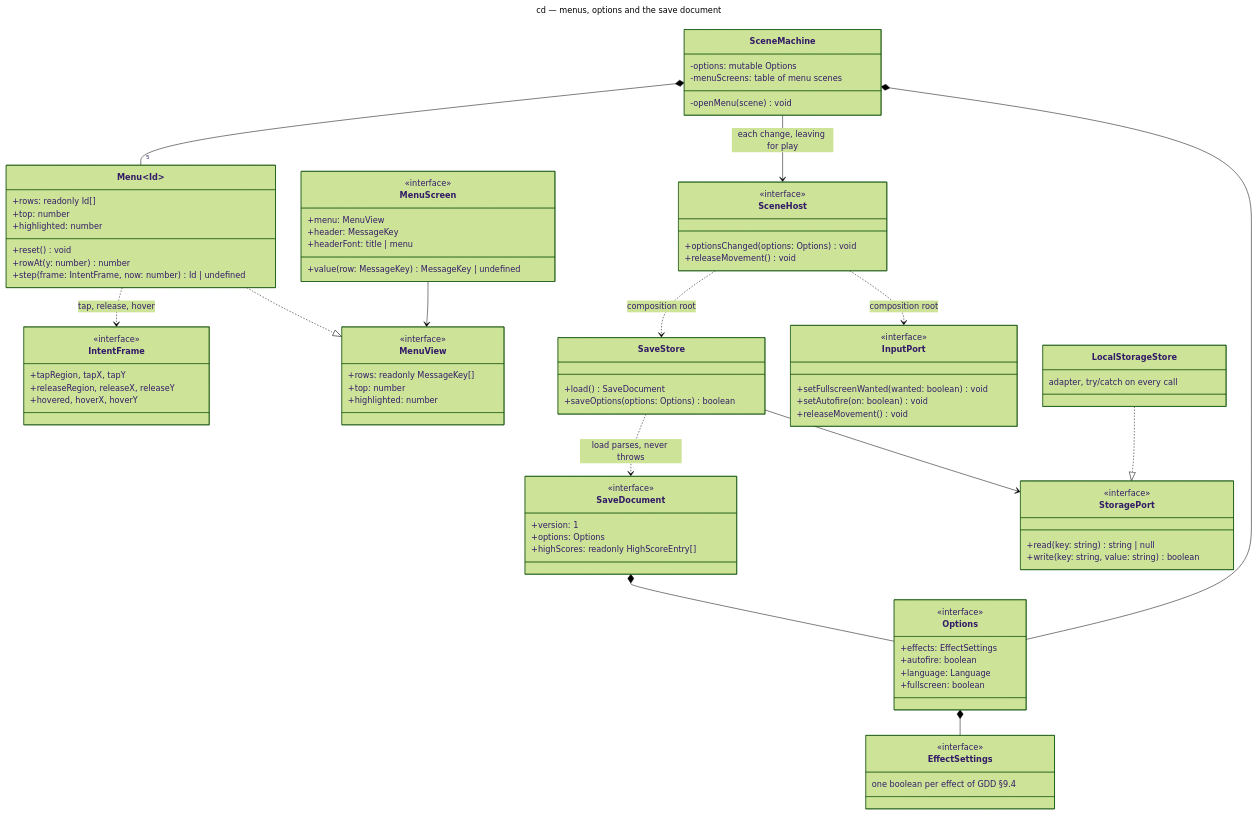
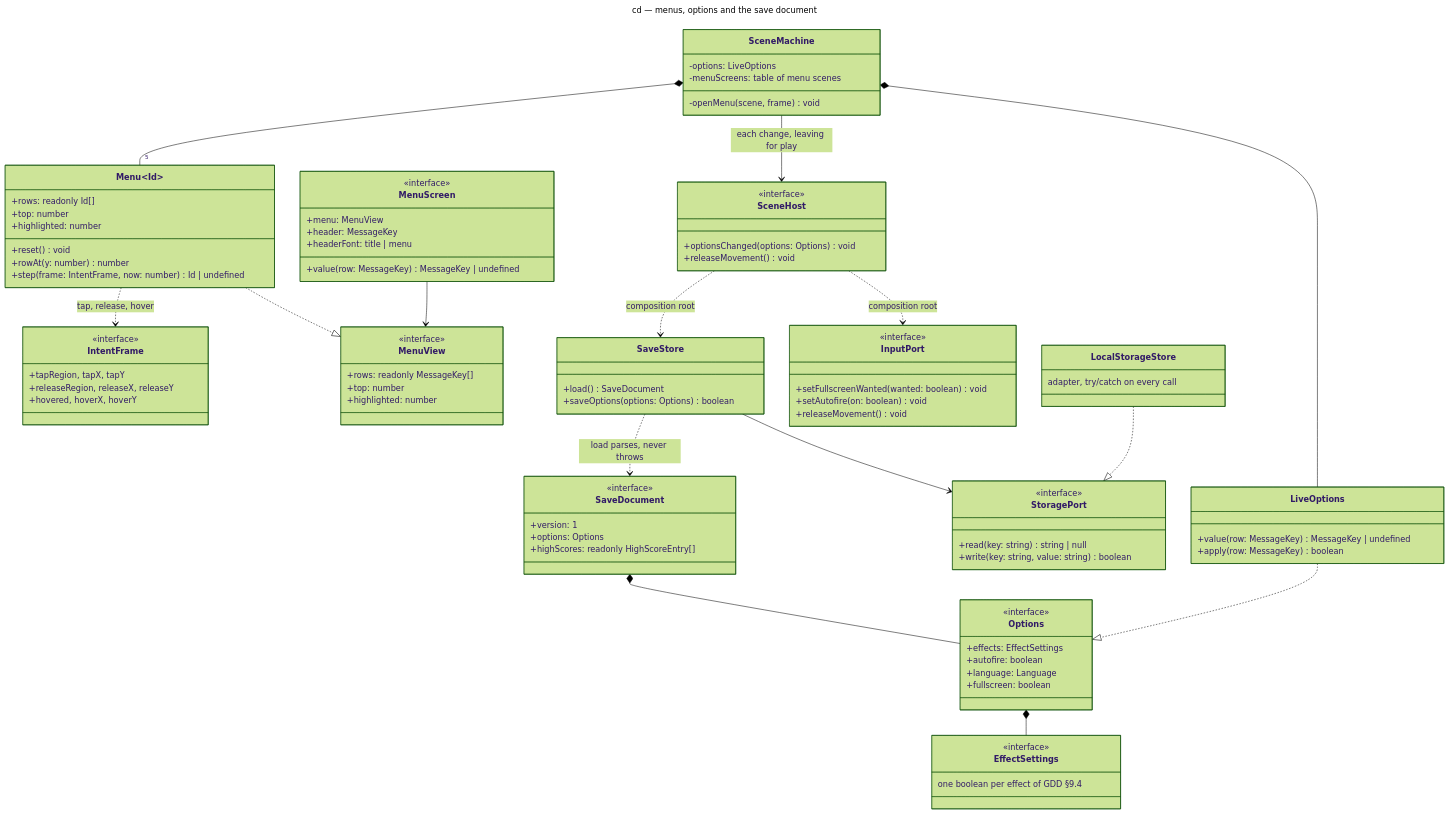
One commit to benoit-bremaud/retro-shmup changed the diagram in docs/architecture/diagrams/meta/04-class-menus.md. Above: the diagram before and after it, drawn with Mermaid (forest theme). The commit also changed other lines of this file and 21 other files, not shown here.

First line of the commit message:
feat(ui): the options screens and the title menu (G1a-3) (#61)

```diff
--- a/docs/architecture/diagrams/meta/04-class-menus.md
+++ b/docs/architecture/diagrams/meta/04-class-menus.md
@@ -54,9 +54,13 @@
     +releaseMovement() void
   }
   class SceneMachine {
-    -options: mutable Options
+    -options: LiveOptions
     -menuScreens: table of menu scenes
-    -openMenu(scene) void
+    -openMenu(scene, frame) void
+  }
+  class LiveOptions {
+    +value(row: MessageKey) MessageKey | undefined
+    +apply(row: MessageKey) boolean
   }
   class IntentFrame {
     <<interface>>
@@ -96,7 +100,8 @@
 
   SceneMachine *-- "5" Menu
   SceneMachine --> SceneHost : each change, leaving for play
-  SceneMachine *-- Options
+  SceneMachine *-- LiveOptions
+  LiveOptions ..|> Options
   Menu ..> IntentFrame : tap, release, hover
   Menu ..|> MenuView
   MenuScreen --> MenuView
```
